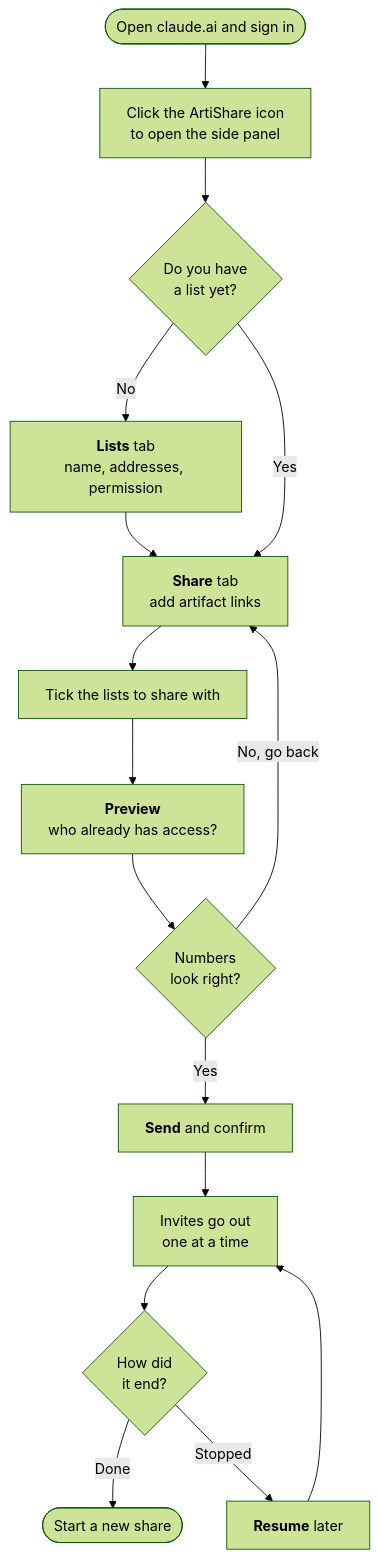
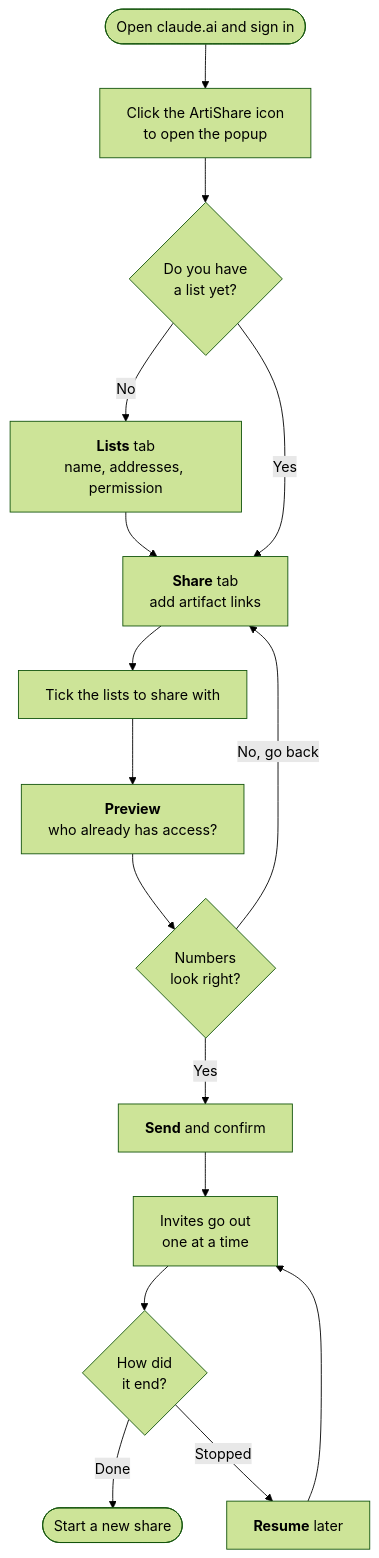
One commit to vantung220902/ArtiShare changed the diagram in README.md. Above: the diagram before and after it, drawn with Mermaid (forest theme). The commit also changed other lines of this file and 7 other files, not shown here.

````diff
--- a/README.md
+++ b/README.md
@@ -26,18 +26,18 @@
 ```mermaid
 flowchart TD
-    A([Open claude.ai and sign in]) --> B[Click the ArtiShare icon<br/>to open the side panel]
+    A([Open claude.ai and sign in]) --> B[Click the ArtiShare icon<br/>to open the popup]
     B --> C{Do you have<br/>a list yet?}
     C -- No --> D[<b>Lists</b> tab<br/>name, addresses, permission]
     D --> E
     C -- Yes --> E[<b>Share</b> tab<br/>add artifact links]
     E --> F[Tick the lists to share with]
     F --> G[<b>Preview</b><br/>who already has access?]
     G --> H{Numbers<br/>look right?}
     H -- No, go back --> E
     H -- Yes --> I[<b>Send</b> and confirm]
     I --> J[Invites go out<br/>one at a time]
     J --> K{How did<br/>it end?}
     K -- Done --> L([Start a new share])
     K -- Stopped --> M[<b>Resume</b> later]
     M --> J
 ```
````
